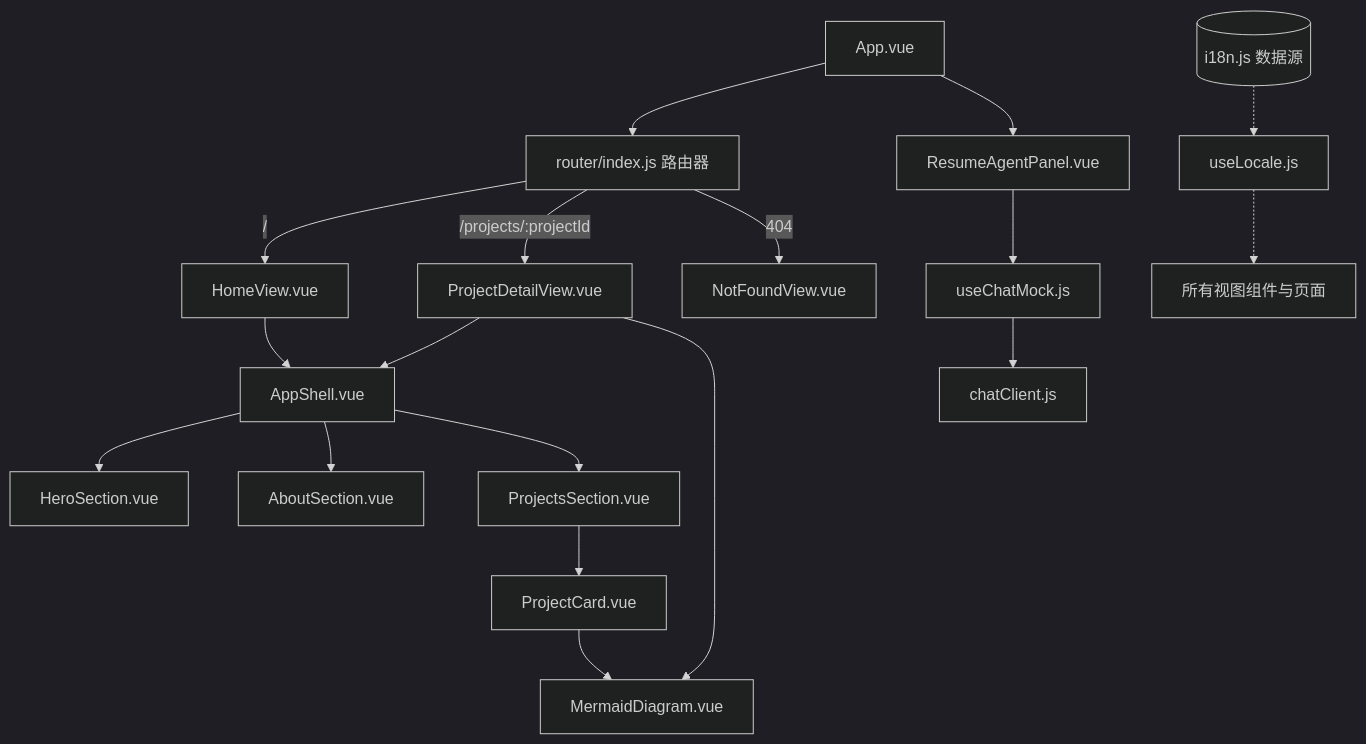
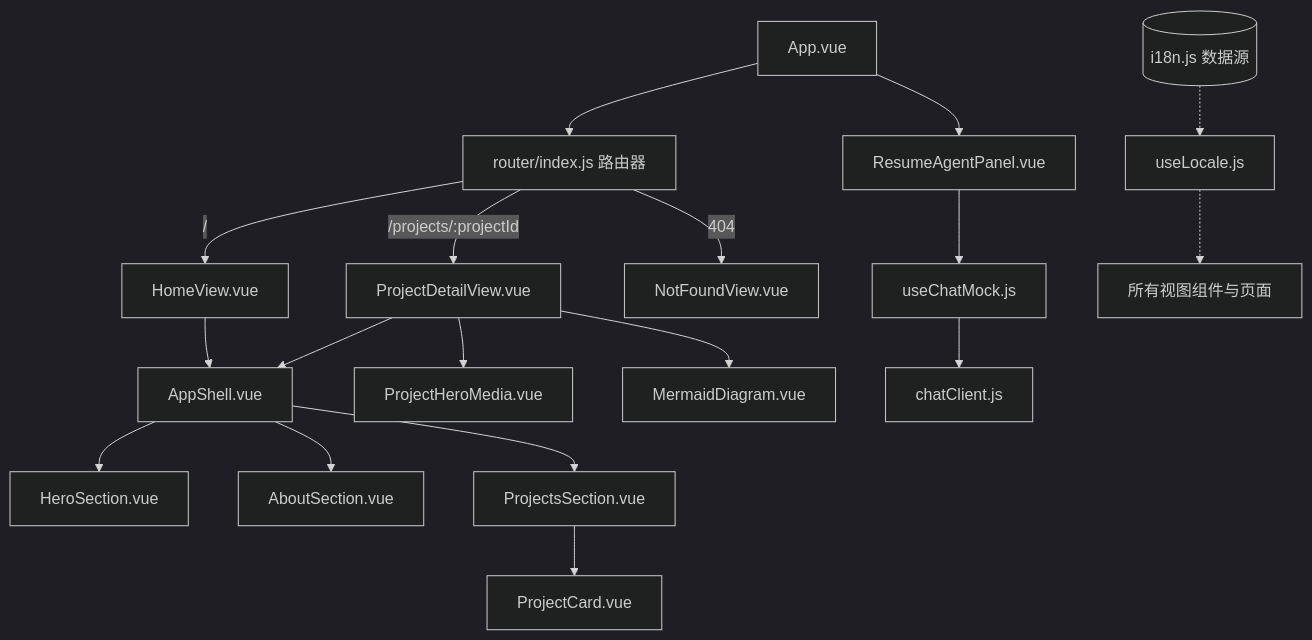
One commit to weiqiang612/Collections changed the diagram in docs/2-designs/architecture.md. Above: the diagram before and after it, drawn with Mermaid (dark theme). The commit also changed other lines of this file and 18 other files, not shown here.

````diff
--- a/docs/2-designs/architecture.md
+++ b/docs/2-designs/architecture.md
@@ -12,25 +12,25 @@
 ```mermaid
 flowchart TD
     App[App.vue] --> Router[router/index.js 路由器]
     Router -->|/| HomeView[HomeView.vue]
     Router -->|/projects/:projectId| ProjectDetailView[ProjectDetailView.vue]
     Router -->|404| NotFoundView[NotFoundView.vue]
 
     HomeView --> AppShell[AppShell.vue]
     ProjectDetailView --> AppShell
     
     AppShell --> HeroSection[HeroSection.vue]
     AppShell --> AboutSection[AboutSection.vue]
     AppShell --> ProjectsSection[ProjectsSection.vue]
     
     ProjectsSection --> ProjectCard[ProjectCard.vue]
-    ProjectCard --> MermaidDiagram[MermaidDiagram.vue]
+    ProjectDetailView --> ProjectHeroMedia[ProjectHeroMedia.vue]
     ProjectDetailView --> MermaidDiagram[MermaidDiagram.vue]
     
     App --> ResumeAgentPanel[ResumeAgentPanel.vue]
     ResumeAgentPanel --> useChatMock[useChatMock.js]
     useChatMock --> chatClient[chatClient.js]
     
     i18n[(i18n.js 数据源)] -.-> useLocale[useLocale.js]
     useLocale -.-> Components[所有视图组件与页面]
 ```
````
